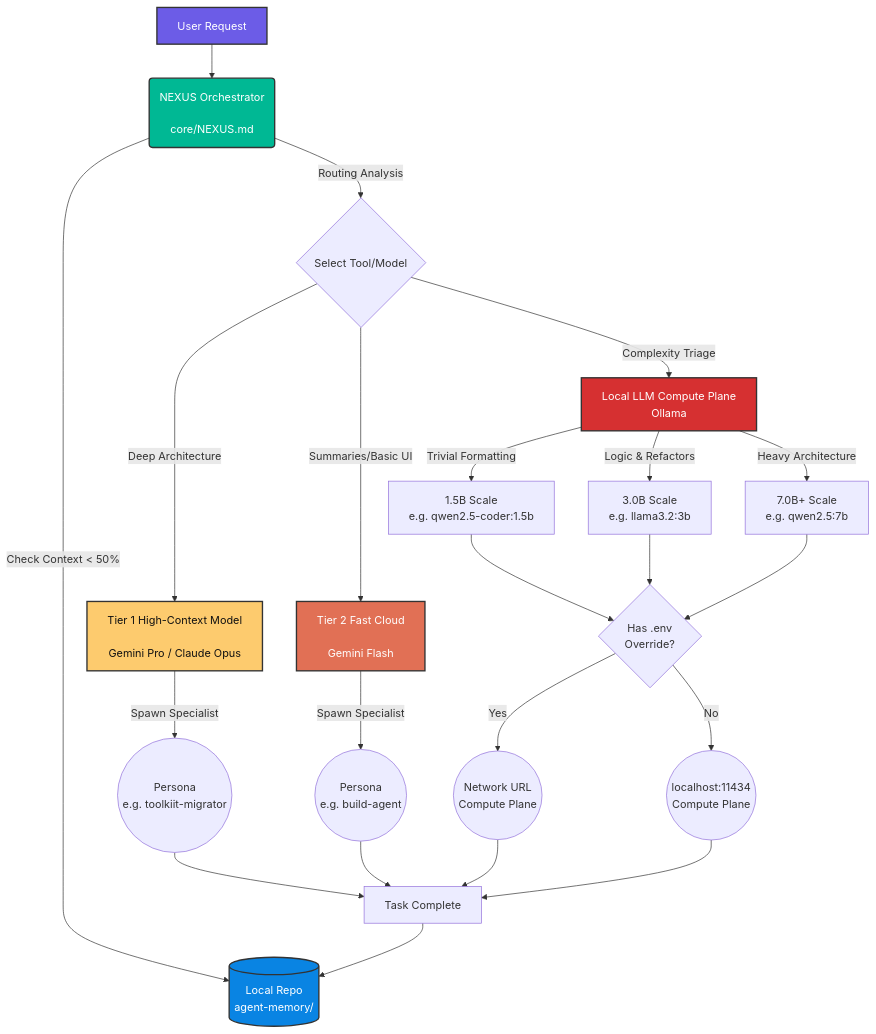
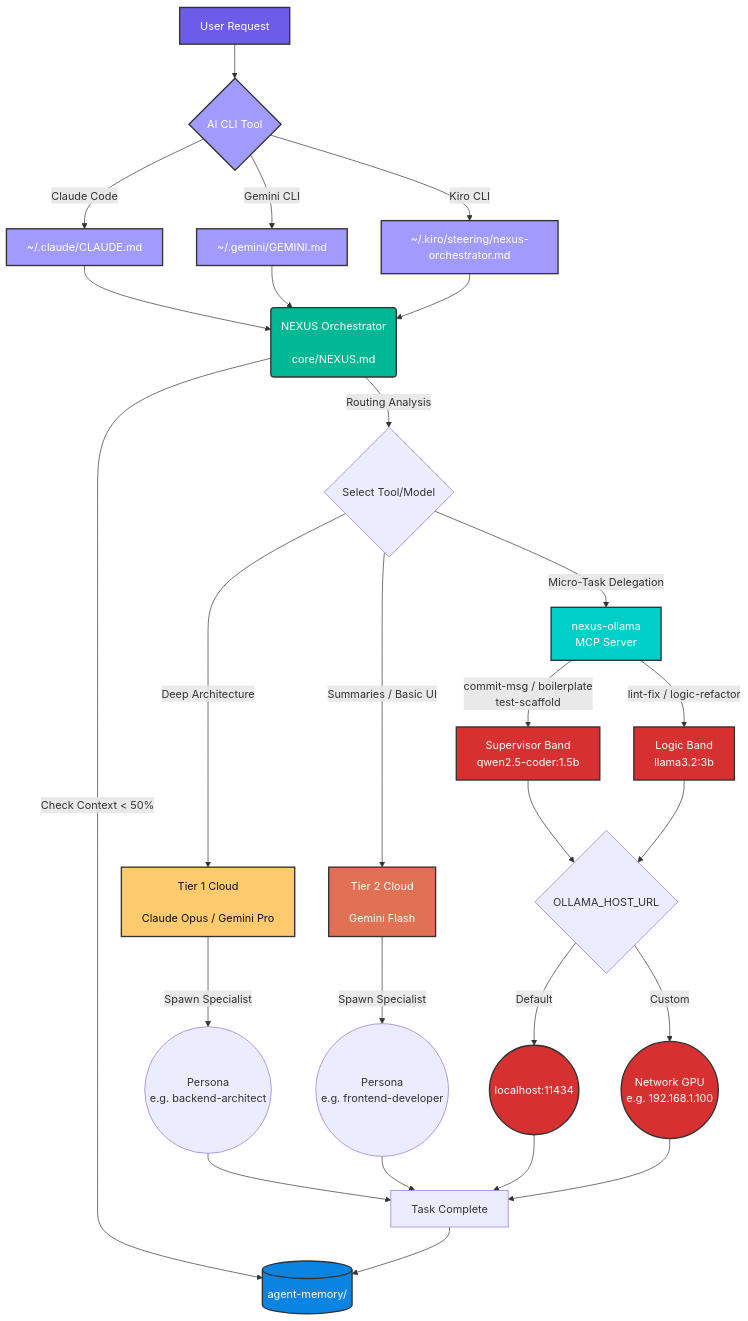
The diagram in README.md (canoo/agent-nexus), drawn with Mermaid before and after one commit. The commit also changed other lines of this file, not shown here.

First line of the commit message:
docs: update README with install, uninstall, MCP, and testing sections

````diff
--- a/README.md
+++ b/README.md
@@ -13,46 +13,52 @@
 ```mermaid
 graph TD
     %% Define styles
     classDef user fill:#6c5ce7,stroke:#333,stroke-width:2px,color:#fff;
     classDef orchestrator fill:#00b894,stroke:#333,stroke-width:2px,color:#fff;
+    classDef cli fill:#a29bfe,stroke:#333,stroke-width:2px,color:#fff;
     classDef agentT1 fill:#fdcb6e,stroke:#333,stroke-width:2px,color:#111;
     classDef agentT2 fill:#e17055,stroke:#333,stroke-width:2px,color:#fff;
-    classDef agentT3 fill:#d63031,stroke:#333,stroke-width:2px,color:#fff;
+    classDef mcp fill:#00cec9,stroke:#333,stroke-width:2px,color:#fff;
+    classDef local fill:#d63031,stroke:#333,stroke-width:2px,color:#fff;
     classDef memory fill:#0984e3,stroke:#333,stroke-width:2px,color:#fff;
 
-    %% Nodes
-    A[User Request]:::user --> B(NEXUS Orchestrator<br/><br/>core/NEXUS.md):::orchestrator
-    
-    B -->|Check Context < 50%| M[(Local Repo<br/>agent-memory/)]:::memory
+    %% Entry: User picks their CLI
+    A[User Request]:::user --> CLI{AI CLI Tool}:::cli
+    CLI -->|Claude Code| CC[~/.claude/CLAUDE.md]:::cli
+    CLI -->|Gemini CLI| GC[~/.gemini/GEMINI.md]:::cli
+    CLI -->|Kiro CLI| KC[~/.kiro/steering/nexus-orchestrator.md]:::cli
 
+    %% All CLIs load the same orchestrator
+    CC --> B(NEXUS Orchestrator<br/><br/>core/NEXUS.md):::orchestrator
+    GC --> B
+    KC --> B
+
+    B -->|Check Context < 50%| M[(agent-memory/)]:::memory
     B -->|Routing Analysis| R{Select Tool/Model}
-    
-    %% Tier 1
-    R -->|Deep Architecture| T1[Tier 1 High-Context Model<br/><br/>Gemini Pro / Claude Opus]:::agentT1
-    T1 -->|Spawn Specialist| S1((Persona<br/>e.g. toolkiit-migrator))
-    
-    %% Tier 2
-    R -->|Summaries/Basic UI| T2[Tier 2 Fast Cloud<br/><br/>Gemini Flash]:::agentT2
-    T2 -->|Spawn Specialist| S2((Persona<br/>e.g. build-agent))
 
-    %% Tier 3 (Local Edge Inference)
-    R -->|Complexity Triage| T3[Local LLM Compute Plane<br/>Ollama]:::agentT3
-    T3 -->|Trivial Formatting| T3_1[1.5B Scale<br/>e.g. qwen2.5-coder:1.5b]
-    T3 -->|Logic & Refactors| T3_3[3.0B Scale<br/>e.g. llama3.2:3b]
-    T3 -->|Heavy Architecture| T3_7[7.0B+ Scale<br/>e.g. qwen2.5:7b]
-    
-    %% NEW: Conditional LLM Routing
-    T3_1 --> LLM_Check{Has .env <br/>Override?}
-    T3_3 --> LLM_Check
-    T3_7 --> LLM_Check
-    
-    LLM_Check -->|Yes| NetLLM((Network URL<br/>Compute Plane))
-    LLM_Check -->|No| LocLLM((localhost:11434<br/>Compute Plane))
-    
+    %% Tier 1: Cloud — Deep work
+    R -->|Deep Architecture| T1[Tier 1 Cloud<br/><br/>Claude Opus / Gemini Pro]:::agentT1
+    T1 -->|Spawn Specialist| S1((Persona<br/>e.g. backend-architect))
+
+    %% Tier 2: Cloud — Fast work
+    R -->|Summaries / Basic UI| T2[Tier 2 Cloud<br/><br/>Gemini Flash]:::agentT2
+    T2 -->|Spawn Specialist| S2((Persona<br/>e.g. frontend-developer))
+
+    %% Tier 3: Local via MCP
+    R -->|Micro-Task Delegation| MCP[nexus-ollama<br/>MCP Server]:::mcp
+    MCP -->|commit-msg / boilerplate<br/>test-scaffold| SB[Supervisor Band<br/>qwen2.5-coder:1.5b]:::local
+    MCP -->|lint-fix / logic-refactor| LB[Logic Band<br/>llama3.2:3b]:::local
+
+    %% Ollama host routing
+    SB --> HOST{OLLAMA_HOST_URL}
+    LB --> HOST
+    HOST -->|Default| LocLLM((localhost:11434)):::local
+    HOST -->|Custom| NetLLM((Network GPU<br/>e.g. 192.168.1.100)):::local
+
     %% Result cycle
     S1 --> Final[Task Complete]
     S2 --> Final
+    LocLLM --> Final
     NetLLM --> Final
-    LocLLM --> Final
     Final --> M
 ```
````
